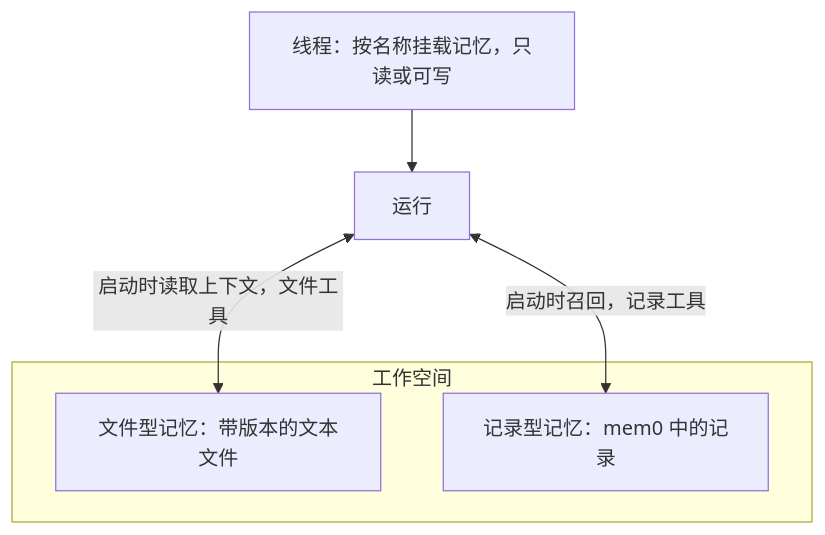
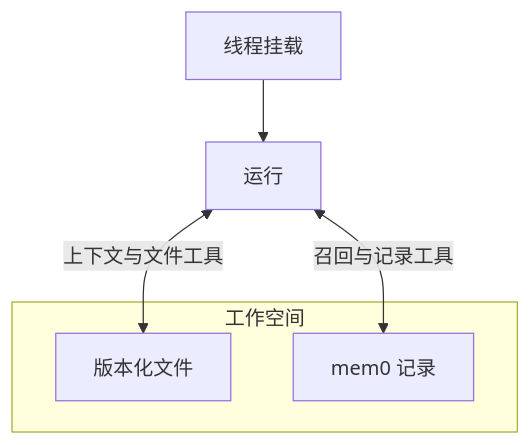
One commit to converge-ai-labs/agent-foundation changed the diagram in docs/a13n-service/memory.zh-CN.md. Above: the diagram before and after it, drawn with Mermaid. The commit also changed other lines of this file and 124 other files, not shown here.

````diff
--- a/docs/a13n-service/memory.zh-CN.md
+++ b/docs/a13n-service/memory.zh-CN.md
@@ -13,13 +13,13 @@
 ```mermaid
 flowchart TB
-    Thread["线程：按名称挂载记忆，只读或可写"] --> Run["运行"]
+    Thread["线程挂载"] --> Run["运行"]
     subgraph Workspace["工作空间"]
-        File["文件型记忆：带版本的文本文件"]
-        Record["记录型记忆：mem0 中的记录"]
+        File["版本化文件"]
+        Record["mem0 记录"]
     end
-    Run <-->|"启动时读取上下文，文件工具"| File
-    Run <-->|"启动时召回，记录工具"| Record
+    Run <-->|"上下文与文件工具"| File
+    Run <-->|"召回与记录工具"| Record
 
     class Thread,Run a13n
     class File,Record store
 ```
````
